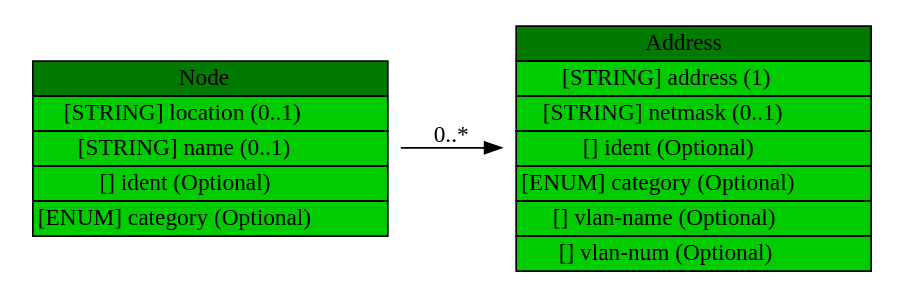
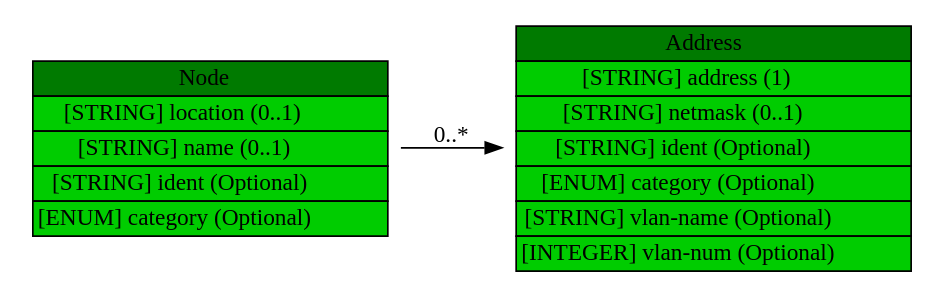
One commit to Moutix/idmef_parser changed the diagram in idmef/graph/Node.dot. Above: the diagram before and after it, drawn with Graphviz. The commit also changed 95 other files, not shown here.

Commit message:
Complete IDMEF schema

```diff
--- a/idmef/graph/Node.dot
+++ b/idmef/graph/Node.dot
@@ -1,8 +1,8 @@
 digraph "Node" {
 	graph [rankdir=LR];
 	node [label="\N"];
-	graph [bb="0,0,502,148"];
-	"Node" [label=<<table BORDER="0" CELLBORDER="1" CELLSPACING="0"> <tr > <td BGCOLOR="#007a00" HREF="#" TITLE="The Node class is used to identify hosts and other network devices (routers, switches, etc.). ">Node</td> </tr>" %<tr><td BGCOLOR="#00CC00" HREF="#" TITLE="The location of the equipment.">[STRING] location (0..1) </td></tr>%<tr><td BGCOLOR="#00CC00" HREF="#" TITLE="The name of the equipment.  This information MUST be provided if no Address information is given.">[STRING] name (0..1) </td></tr>%<tr><td BGCOLOR="#00CC00" HREF="#" TITLE="A unique identifier for the node; see Section 3.2.9.">[] ident (Optional) </td></tr>%<tr><td BGCOLOR="#00CC00" HREF="#" TITLE="The &quot;domain&quot; from which the name information was obtained, if relevant.  The permitted values for this attribute are shown in the table below.  The default value is &quot;unknown&quot;. (See also Section 10 for extensions to the table.)">[ENUM] category (Optional) </td></tr>%</table>>, shape=plaintext, pos="110,74", width="3.0278", height="1.5139"];
-	Address [label=<<table BORDER="0" CELLBORDER="1" CELLSPACING="0"> <tr > <td BGCOLOR="#007a00" HREF="#" TITLE="The Address class is used to represent network, hardware, and application addresses. ">Address</td> </tr>" %<tr><td BGCOLOR="#00CC00" HREF="#" TITLE="The address information.  The format of this data is governed by the category attribute.">[STRING] address (1) </td></tr>%<tr><td BGCOLOR="#00CC00" HREF="#" TITLE="The network mask for the address, if appropriate.">[STRING] netmask (0..1) </td></tr>%<tr><td BGCOLOR="#00CC00" HREF="#" TITLE="A unique identifier for the address; see Section 3.2.9.">[] ident (Optional) </td></tr>%<tr><td BGCOLOR="#00CC00" HREF="#" TITLE="The type of address represented.  The permitted values for this attribute are shown below.  The default value is &quot;unknown&quot;.  (See also Section 10.)">[ENUM] category (Optional) </td></tr>%<tr><td BGCOLOR="#00CC00" HREF="#" TITLE="The name of the Virtual LAN to which the address belongs.">[] vlan-name (Optional) </td></tr>%<tr><td BGCOLOR="#00CC00" HREF="#" TITLE="The number of the Virtual LAN to which the address belongs.">[] vlan-num (Optional) </td></tr>%</table>>, shape=plaintext, pos="392,74", width="3.0278", height="2.0694"];
-	"Node" -> Address [label="0..*", pos="e,282.46,74 219.84,74 237.03,74 254.87,74 272.28,74", lp="251,82.5"];
+	graph [bb="0,0,528,148"];
+	"Node" [label=<<table BORDER="0" CELLBORDER="1" CELLSPACING="0"> <tr > <td BGCOLOR="#007a00" HREF="#" TITLE="The Node class is used to identify hosts and other network devices (routers, switches, etc.). ">Node</td> </tr>" %<tr><td BGCOLOR="#00CC00" HREF="#" TITLE="The location of the equipment.">[STRING] location (0..1) </td></tr>%<tr><td BGCOLOR="#00CC00" HREF="#" TITLE="The name of the equipment.  This information MUST be provided if no Address information is given.">[STRING] name (0..1) </td></tr>%<tr><td BGCOLOR="#00CC00" HREF="#" TITLE="A unique identifier for the node; see Section 3.2.9.">[STRING] ident (Optional) </td></tr>%<tr><td BGCOLOR="#00CC00" HREF="#" TITLE="The &quot;domain&quot; from which the name information was obtained, if relevant.  The permitted values for this attribute are shown in the table below.  The default value is &quot;unknown&quot;. (See also Section 10 for extensions to the table.)">[ENUM] category (Optional) </td></tr>%</table>>, shape=plaintext, pos="110,74", width="3.0278", height="1.5139"];
+	Address [label=<<table BORDER="0" CELLBORDER="1" CELLSPACING="0"> <tr > <td BGCOLOR="#007a00" HREF="#" TITLE="The Address class is used to represent network, hardware, and application addresses. ">Address</td> </tr>" %<tr><td BGCOLOR="#00CC00" HREF="#" TITLE="The address information.  The format of this data is governed by the category attribute.">[STRING] address (1) </td></tr>%<tr><td BGCOLOR="#00CC00" HREF="#" TITLE="The network mask for the address, if appropriate.">[STRING] netmask (0..1) </td></tr>%<tr><td BGCOLOR="#00CC00" HREF="#" TITLE="A unique identifier for the address; see Section 3.2.9.">[STRING] ident (Optional) </td></tr>%<tr><td BGCOLOR="#00CC00" HREF="#" TITLE="The type of address represented.  The permitted values for this attribute are shown below.  The default value is &quot;unknown&quot;.  (See also Section 10.)">[ENUM] category (Optional) </td></tr>%<tr><td BGCOLOR="#00CC00" HREF="#" TITLE="The name of the Virtual LAN to which the address belongs.">[STRING] vlan-name (Optional) </td></tr>%<tr><td BGCOLOR="#00CC00" HREF="#" TITLE="The number of the Virtual LAN to which the address belongs.">[INTEGER] vlan-num (Optional) </td></tr>%</table>>, shape=plaintext, pos="405,74", width="3.3889", height="2.0694"];
+	"Node" -> Address [label="0..*", pos="e,282.16,74 219.85,74 236.83,74 254.52,74 271.94,74", lp="251,82.5"];
 }
```
